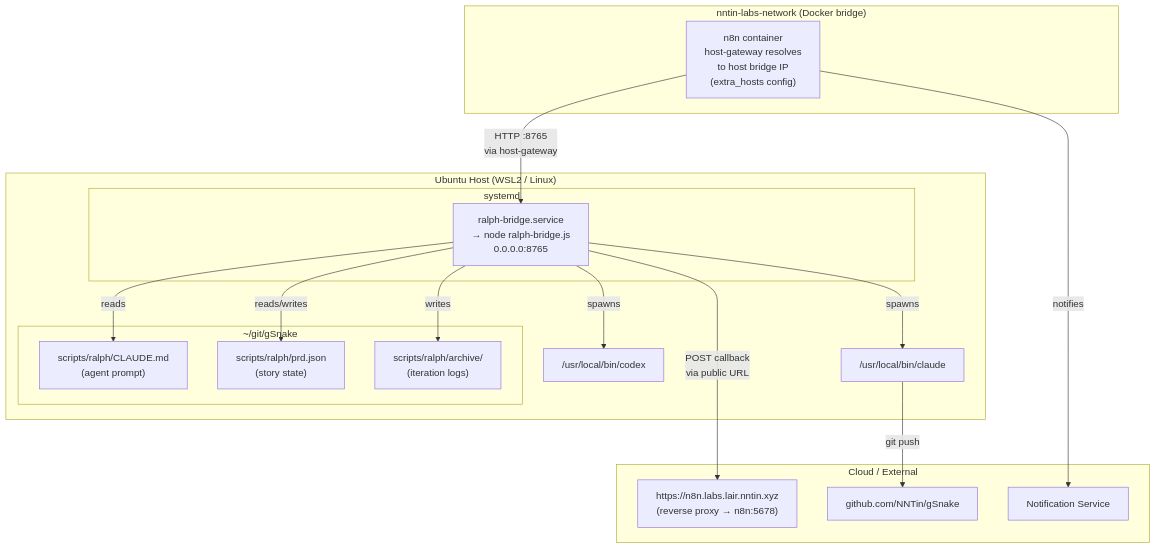
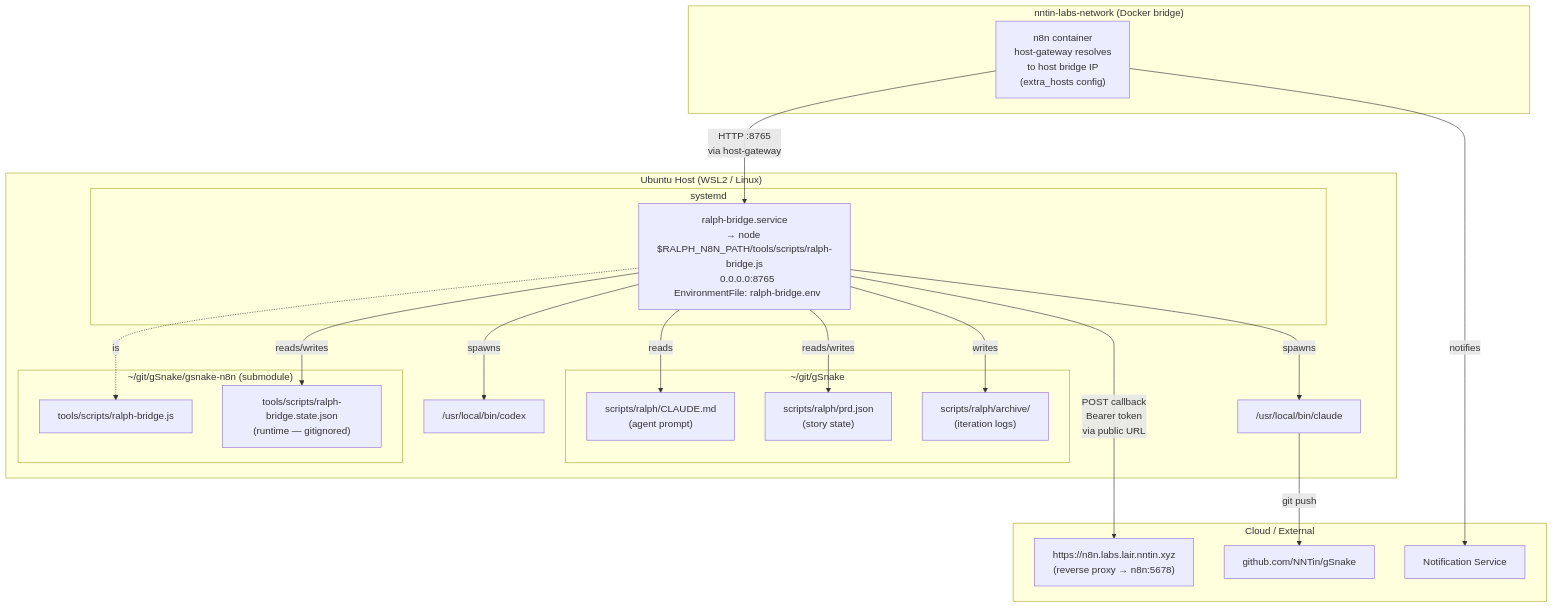
Before and after one commit to NNTin/gsnake-specs: the sixth of 8 diagrams in ralph-loop/architecture.md, drawn with Mermaid. The commit also changed other lines of this file, not shown here.

First line of the commit message:
feat: improve ralph-loop architecture — auth gateway, reset/abort, amp removal

````diff
--- a/ralph-loop/architecture.md
+++ b/ralph-loop/architecture.md
@@ -246,38 +310,45 @@
 ```mermaid
 graph TB
     subgraph Host["Ubuntu Host (WSL2 / Linux)"]
         subgraph SystemD["systemd"]
-            BridgeSvc["ralph-bridge.service<br>→ node ralph-bridge.js<br>  0.0.0.0:8765"]
+            BridgeSvc["ralph-bridge.service<br>→ node $RALPH_N8N_PATH/tools/scripts/ralph-bridge.js<br>  0.0.0.0:8765<br>  EnvironmentFile: ralph-bridge.env"]
         end
 
         subgraph Repo["~/git/gSnake"]
             CLAUDE_MD["scripts/ralph/CLAUDE.md<br>(agent prompt)"]
             PRD["scripts/ralph/prd.json<br>(story state)"]
             Archive["scripts/ralph/archive/<br>(iteration logs)"]
+        end
+
+        subgraph N8NSubmodule["~/git/gSnake/gsnake-n8n  (submodule)"]
+            BridgeJS["tools/scripts/ralph-bridge.js"]
+            StateFile["tools/scripts/ralph-bridge.state.json<br>(runtime — gitignored)"]
         end
 
         Claude_Bin["/usr/local/bin/claude"]
         Codex_Bin["/usr/local/bin/codex"]
     end
 
     subgraph DockerNetwork["nntin-labs-network (Docker bridge)"]
         N8N_Container["n8n container<br>host-gateway resolves<br>to host bridge IP<br>(extra_hosts config)"]
     end
 
     subgraph CloudServices["Cloud / External"]
         N8N_URL["https://n8n.labs.lair.nntin.xyz<br>(reverse proxy → n8n:5678)"]
         GH["github.com/NNTin/gSnake"]
         NS["Notification Service"]
     end
 
     BridgeSvc -->|"reads"| CLAUDE_MD
     BridgeSvc -->|"reads/writes"| PRD
     BridgeSvc -->|"writes"| Archive
+    BridgeSvc -->|"reads/writes"| StateFile
     BridgeSvc -->|"spawns"| Claude_Bin
     BridgeSvc -->|"spawns"| Codex_Bin
+    BridgeSvc -.->|"is"| BridgeJS
 
     N8N_Container -->|"HTTP :8765<br>via host-gateway"| BridgeSvc
-    BridgeSvc -->|"POST callback<br>via public URL"| N8N_URL
+    BridgeSvc -->|"POST callback<br>Bearer token<br>via public URL"| N8N_URL
     N8N_Container -->|"notifies"| NS
     Claude_Bin -->|"git push"| GH
 ```
````
